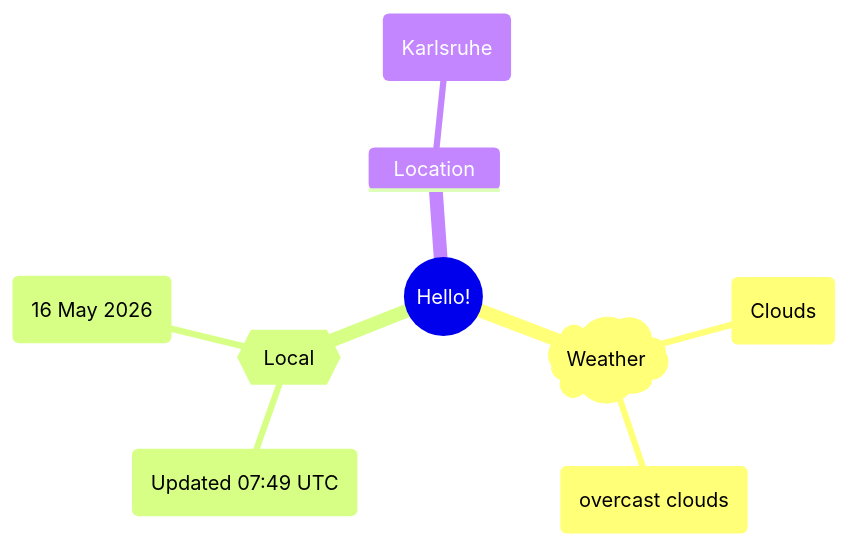
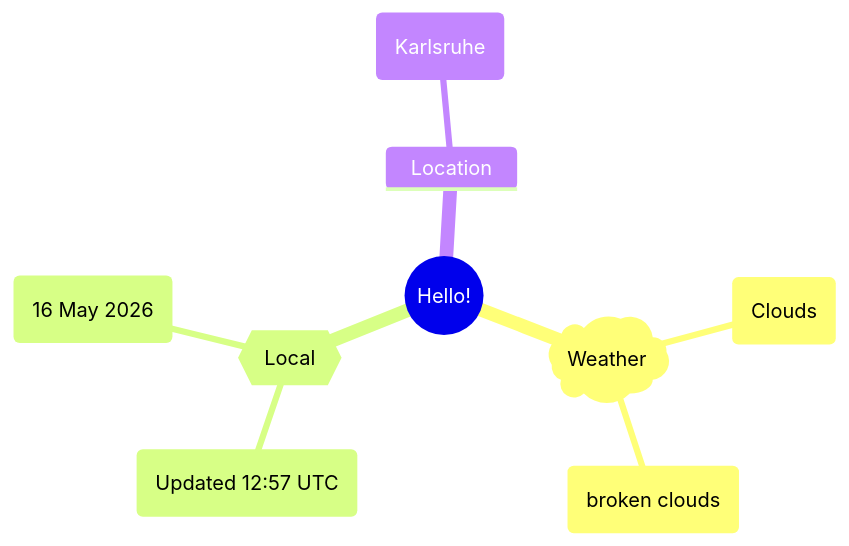
The first of 2 diagrams in README.md (Xosrov/Xosrov), drawn with Mermaid before and after one commit.

Commit message:
[bot] updated images

````diff
--- a/README.md
+++ b/README.md
@@ -3,12 +3,12 @@
 ```mermaid
 mindmap
   root((Hello!))
     )Weather(
         (Clouds)
-        (overcast clouds)
+        (broken clouds)
     {{Local}}
-        (Updated 07:49 UTC)
+        (Updated 12:57 UTC)
         (16 May 2026)
     Location
         (Karlsruhe)
 ```
````
